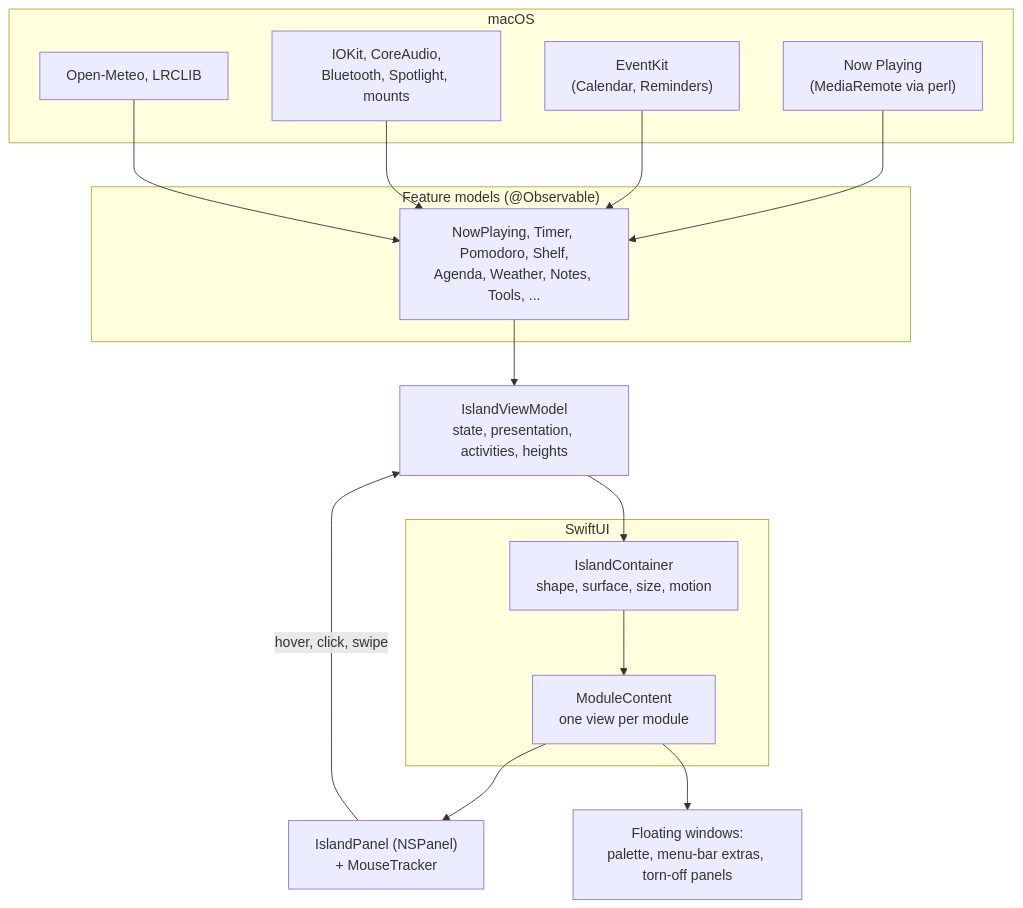
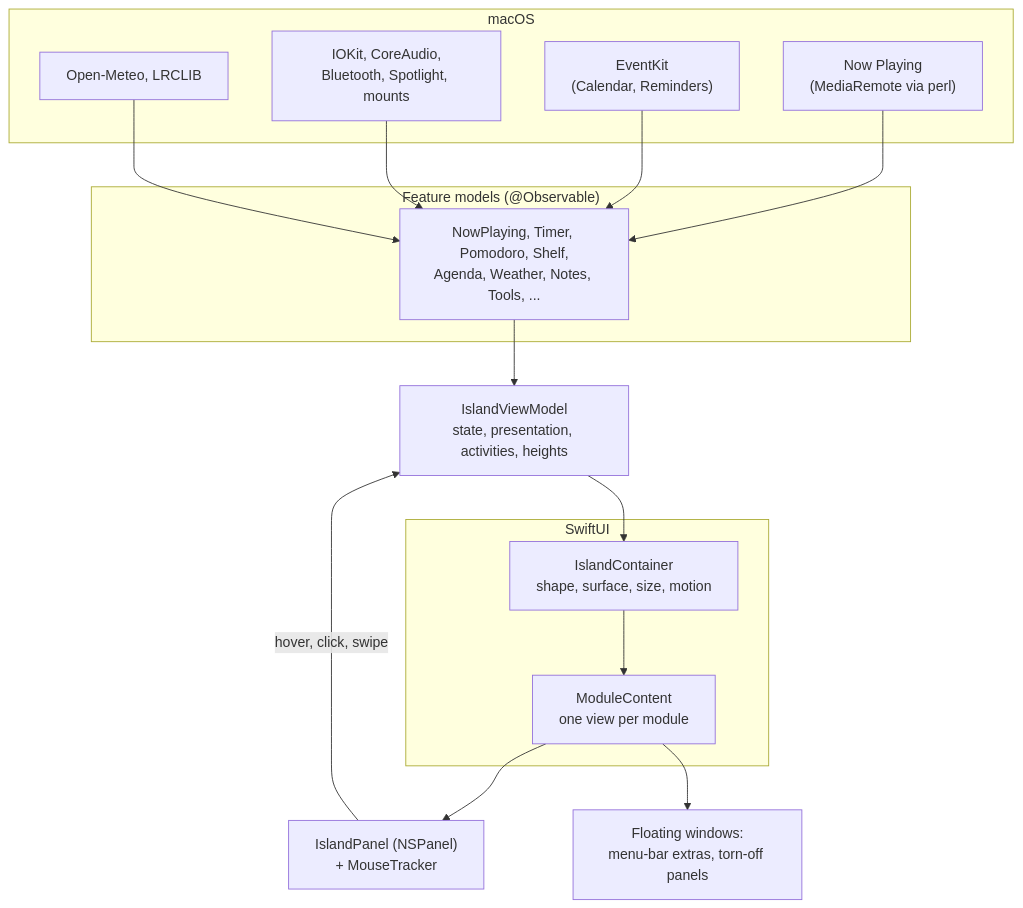
One commit to ethantiller/macisland2 changed the diagram in README.md. Above: the diagram before and after it, drawn with Mermaid. The commit also changed other lines of this file and 191 other files, not shown here.

````diff
--- a/README.md
+++ b/README.md
@@ -93,30 +92,30 @@
 ```mermaid
 flowchart TB
     subgraph System["macOS"]
         MR["Now Playing<br/>(MediaRemote via perl)"]
         EK["EventKit<br/>(Calendar, Reminders)"]
         IO["IOKit, CoreAudio,<br/>Bluetooth, Spotlight, mounts"]
         NET["Open-Meteo, LRCLIB"]
     end
     subgraph Models["Feature models (@Observable)"]
         F["NowPlaying, Timer, Pomodoro, Shelf,<br/>Agenda, Weather, Notes, Tools, ..."]
     end
     VM["IslandViewModel<br/>state, presentation, activities, heights"]
     subgraph UI["SwiftUI"]
         IC["IslandContainer<br/>shape, surface, size, motion"]
         MC["ModuleContent<br/>one view per module"]
     end
     P["IslandPanel (NSPanel)<br/>+ MouseTracker"]
-    W["Floating windows:<br/>palette, menu-bar extras, torn-off panels"]
+    W["Floating windows:<br/>menu-bar extras, torn-off panels"]
 
     MR --> F
     EK --> F
     IO --> F
     NET --> F
     F --> VM
     VM --> IC
     IC --> MC
     MC --> P
     MC --> W
     P -- "hover, click, swipe" --> VM
 ```
````
